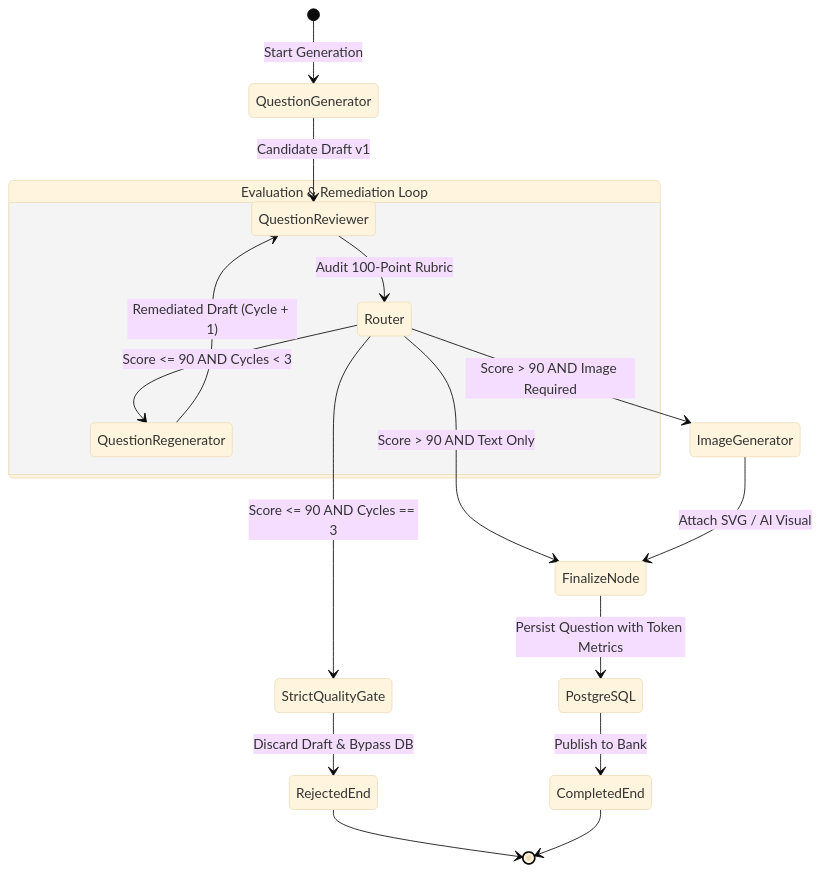
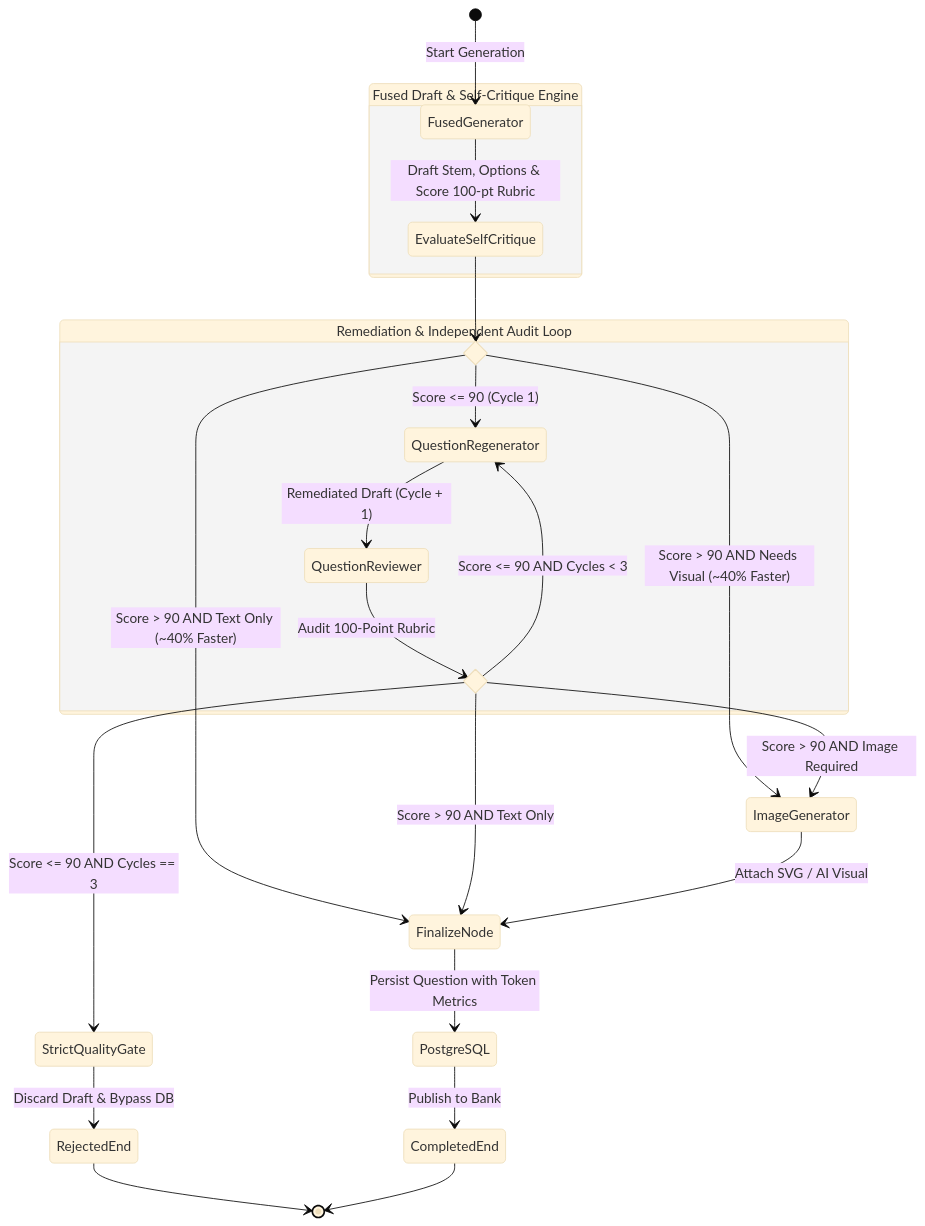
One commit to VishwamPatel-Infynno/MCAT-Question-Bank-Generator changed the second of 5 diagrams in docs/ARCHITECTURE.md. Above: the diagram before and after it, drawn with Mermaid (base theme). The commit also changed other lines of this file and 11 other files, not shown here.

First line of the commit message:
docs: synchronize system documentation with fused cognitive engine and add client workflow guide

````diff
--- a/docs/ARCHITECTURE.md
+++ b/docs/ARCHITECTURE.md
@@ -46,25 +50,35 @@
 ```mermaid
 stateDiagram-v2
-    [*] --> QuestionGenerator: Start Generation
-    QuestionGenerator --> QuestionReviewer: Candidate Draft v1
+    [*] --> FusedGenerator: Start Generation
     
-    state "Evaluation & Remediation Loop" as Loop {
-        QuestionReviewer --> Router: Audit 100-Point Rubric
+    state "Fused Draft & Self-Critique Engine" as FusedNode {
+        FusedGenerator --> EvaluateSelfCritique: Draft Stem, Options & Score 100-pt Rubric
+    }
+    
+    state FusedRouter <<choice>>
+    EvaluateSelfCritique --> FusedRouter
+    
+    FusedRouter --> ImageGenerator: Score > 90 AND Needs Visual (~40% Faster)
+    FusedRouter --> FinalizeNode: Score > 90 AND Text Only (~40% Faster)
+    
+    state "Remediation & Independent Audit Loop" as Loop {
+        FusedRouter --> QuestionRegenerator: Score <= 90 (Cycle 1)
+        QuestionRegenerator --> QuestionReviewer: Remediated Draft (Cycle + 1)
         
-        state Router <<choice>>
-        Router --> QuestionRegenerator: Score <= 90 AND Cycles < 3
-        QuestionRegenerator --> QuestionReviewer: Remediated Draft (Cycle + 1)
+        state ReviewRouter <<choice>>
+        QuestionReviewer --> ReviewRouter: Audit 100-Point Rubric
+        ReviewRouter --> QuestionRegenerator: Score <= 90 AND Cycles < 3
     }
 
-    Router --> StrictQualityGate: Score <= 90 AND Cycles == 3
+    ReviewRouter --> StrictQualityGate: Score <= 90 AND Cycles == 3
     StrictQualityGate --> RejectedEnd: Discard Draft & Bypass DB
     RejectedEnd --> [*]
 
-    Router --> ImageGenerator: Score > 90 AND Image Required
-    Router --> FinalizeNode: Score > 90 AND Text Only
+    ReviewRouter --> ImageGenerator: Score > 90 AND Image Required
+    ReviewRouter --> FinalizeNode: Score > 90 AND Text Only
     ImageGenerator --> FinalizeNode: Attach SVG / AI Visual
     
     FinalizeNode --> PostgreSQL: Persist Question with Token Metrics
     PostgreSQL --> CompletedEnd: Publish to Bank
     CompletedEnd --> [*]
 ```
````
